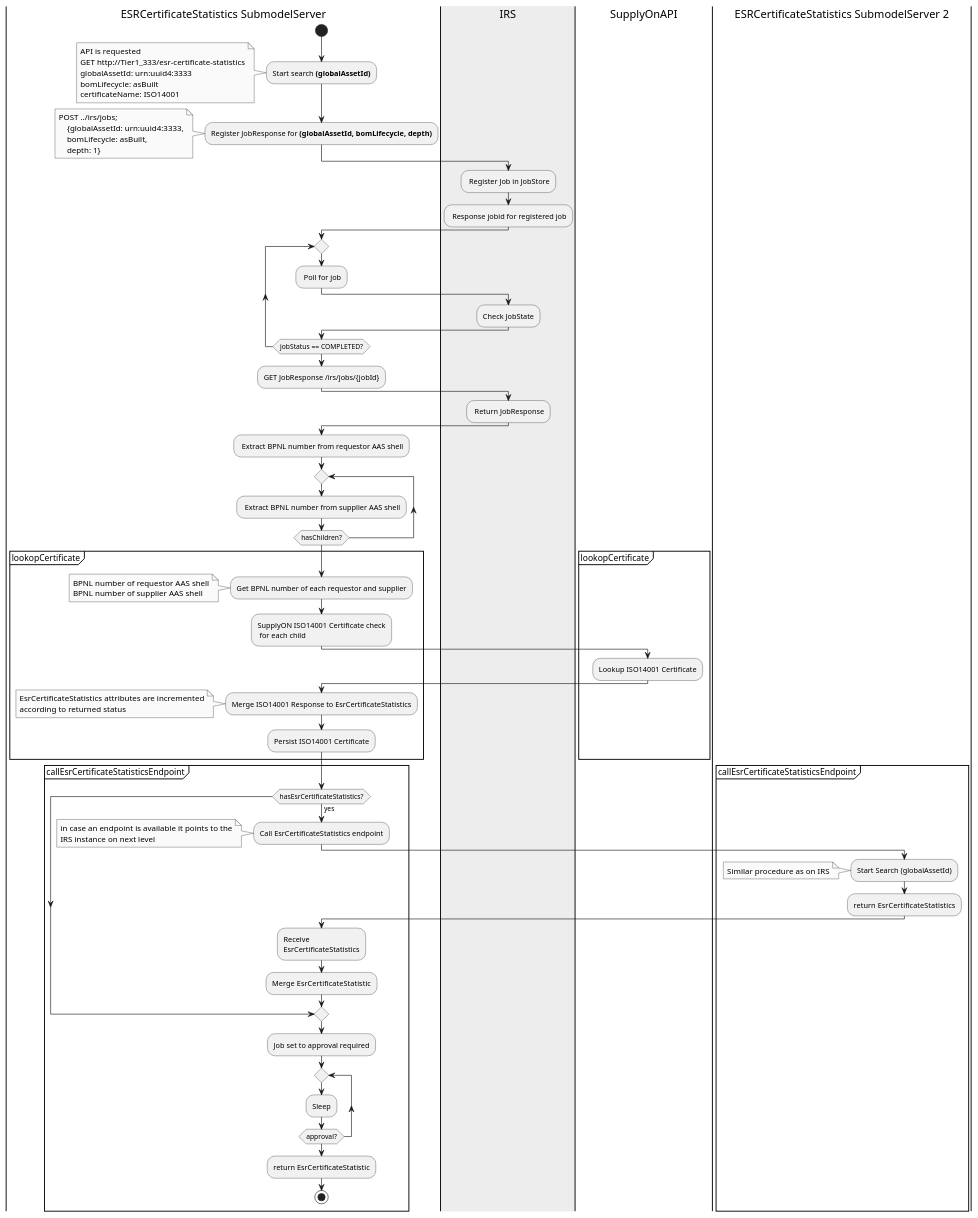
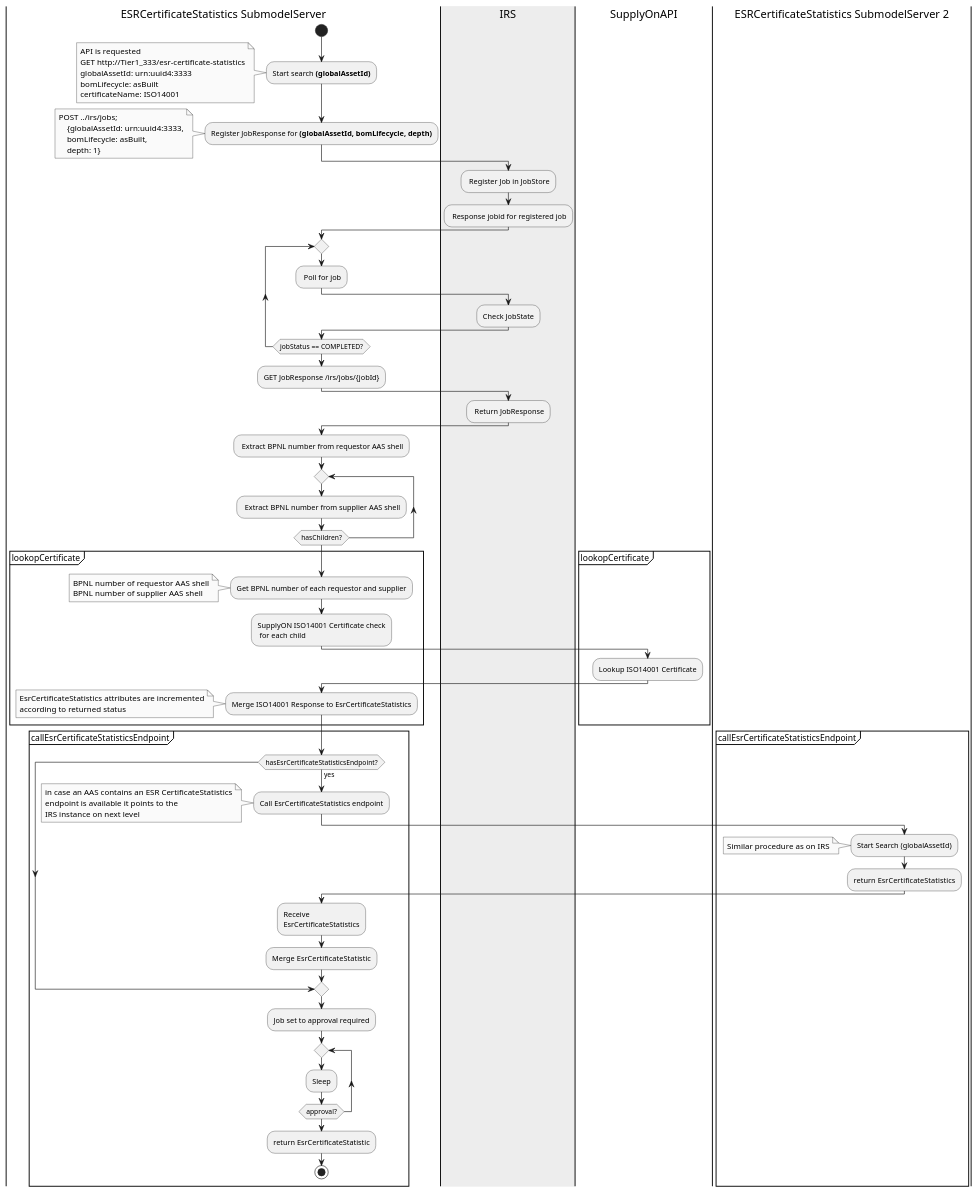
One commit to eclipse-tractusx/item-relationship-service changed the diagram in uml-diagrams/spike/esr-certificates/esr-certificates-activity.puml. Above: the diagram before and after it, drawn with PlantUML. The commit also changed 3 other files, not shown here.

Commit message:
chore(uml):[TRI-414] add uml for spike

```diff
--- a/uml-diagrams/spike/esr-certificates/esr-certificates-activity.puml
+++ b/uml-diagrams/spike/esr-certificates/esr-certificates-activity.puml
@@ -1,96 +1,94 @@
 @startuml
 skinparam monochrome true
 skinparam shadowing false
 
 
 |ESRCertificateStatistics SubmodelServer|
 start
 :Start search **(globalAssetId)**;
 note
     API is requested
     GET http://Tier1_333/esr-certificate-statistics
     globalAssetId: urn:uuid4:3333
     bomLifecycle: asBuilt
     certificateName: ISO14001
 end note
 :Register JobResponse for **(globalAssetId, bomLifecycle, depth)**;
 note
     POST ../irs/jobs;
         {globalAssetId: urn:uuid4:3333,
         bomLifecycle: asBuilt,
         depth: 1}
 end note
 |#AntiqueWhite|IRS|
 : Register Job in JobStore;
 : Response jobid for registered job;
 |ESRCertificateStatistics SubmodelServer|
 
 repeat
     : Poll for job;
 |IRS|
 :Check JobState;
 |ESRCertificateStatistics SubmodelServer|
 repeat while (jobStatus == COMPLETED?)
 :GET JobResponse /irs/jobs/{jobId};
 
 |IRS|
 : Return JobResponse;
 |ESRCertificateStatistics SubmodelServer|
 : Extract BPNL number from requestor AAS shell;
 repeat
 : Extract BPNL number from supplier AAS shell;
 repeat while (hasChildren?)
 
 partition lookopCertificate {
 :Get BPNL number of each requestor and supplier;
 note
     BPNL number of requestor AAS shell
     BPNL number of supplier AAS shell
 end note
 :SupplyON ISO14001 Certificate check
  for each child;
 |SupplyOnAPI|
 :Lookup ISO14001 Certificate;
 
 
 |ESRCertificateStatistics SubmodelServer|
 :Merge ISO14001 Response to EsrCertificateStatistics;
 note
     EsrCertificateStatistics attributes are incremented
     according to returned status
 end note
-:Persist ISO14001 Certificate;
 }
 
 partition callEsrCertificateStatisticsEndpoint {
-if(hasEsrCertificateStatistics?) then (yes)
+if(hasEsrCertificateStatisticsEndpoint?) then (yes)
 :Call EsrCertificateStatistics endpoint;
 note
-    in case an endpoint is available it points to the
+    in case an AAS contains an ESR CertificateStatistics
+    endpoint is available it points to the
     IRS instance on next level
 end note
-
-
 
 |ESRCertificateStatistics SubmodelServer 2|
 :Start Search (globalAssetId);
 note
  Similar procedure as on IRS
 end note
 :return  EsrCertificateStatistics;
 |ESRCertificateStatistics SubmodelServer|
 :Receive
 EsrCertificateStatistics;
 :Merge  EsrCertificateStatistic;
 endif;
 |ESRCertificateStatistics SubmodelServer|
 :Job set to approval required;
 repeat
 :Sleep;
 repeat while (approval?)
 
 :return EsrCertificateStatistic;
 
 stop
 
 @enduml
```
